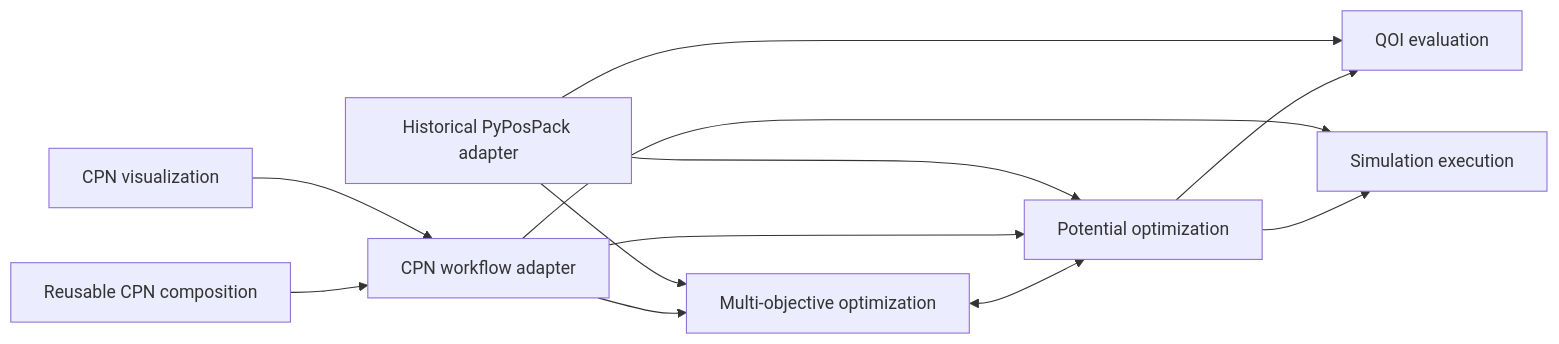
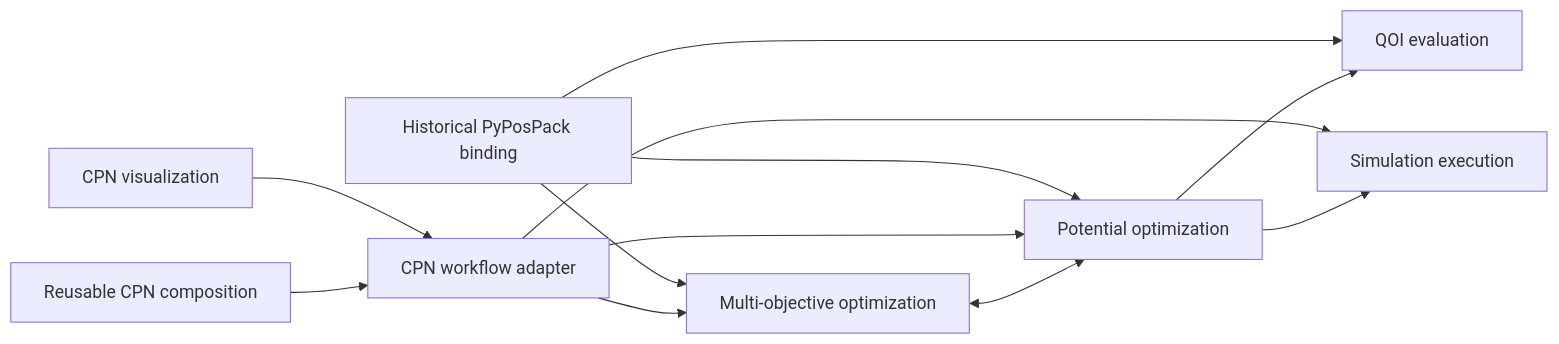
Before and after one commit to eragasa/projectkoios-frankenstein: the first of 2 diagrams in docs/architecture/index.md, drawn with Mermaid. The commit also changed other lines of this file and 7 other files, not shown here.

````diff
--- a/docs/architecture/index.md
+++ b/docs/architecture/index.md
@@ -15,14 +16,14 @@
 ```mermaid
 flowchart LR
     O[Multi-objective optimization] <--> P[Potential optimization]
     P --> Q[QOI evaluation]
     P --> S[Simulation execution]
     F[Reusable CPN composition] --> W[CPN workflow adapter]
     W --> O
     W --> P
     W --> S
     V[CPN visualization] --> W
-    H[Historical PyPosPack adapter] --> O
+    H[Historical PyPosPack binding] --> O
     H --> P
     H --> Q
 ```
````
